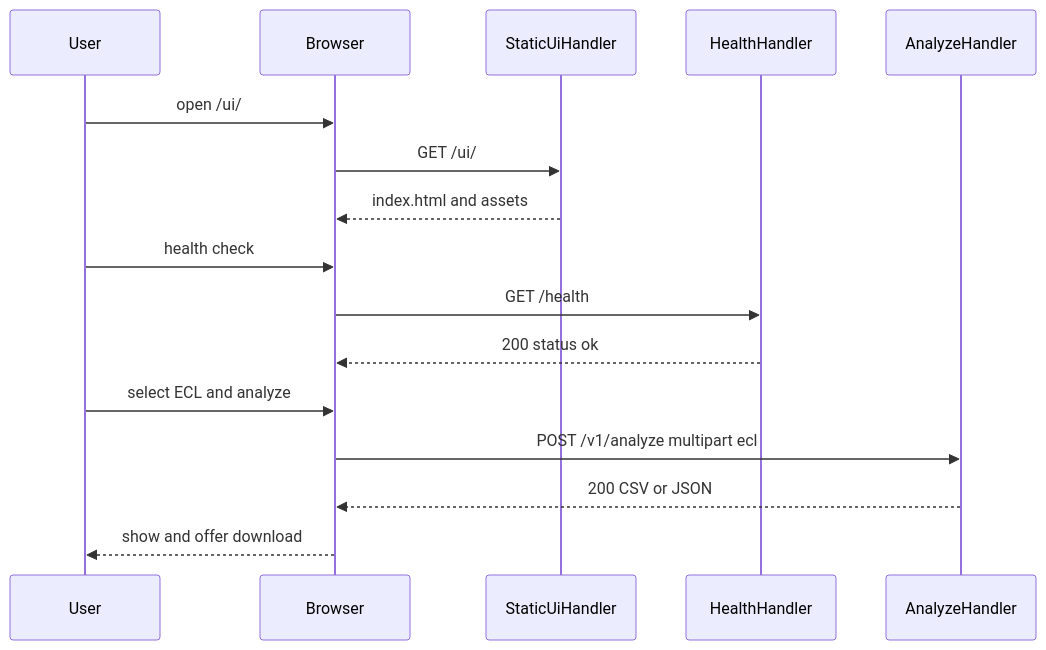
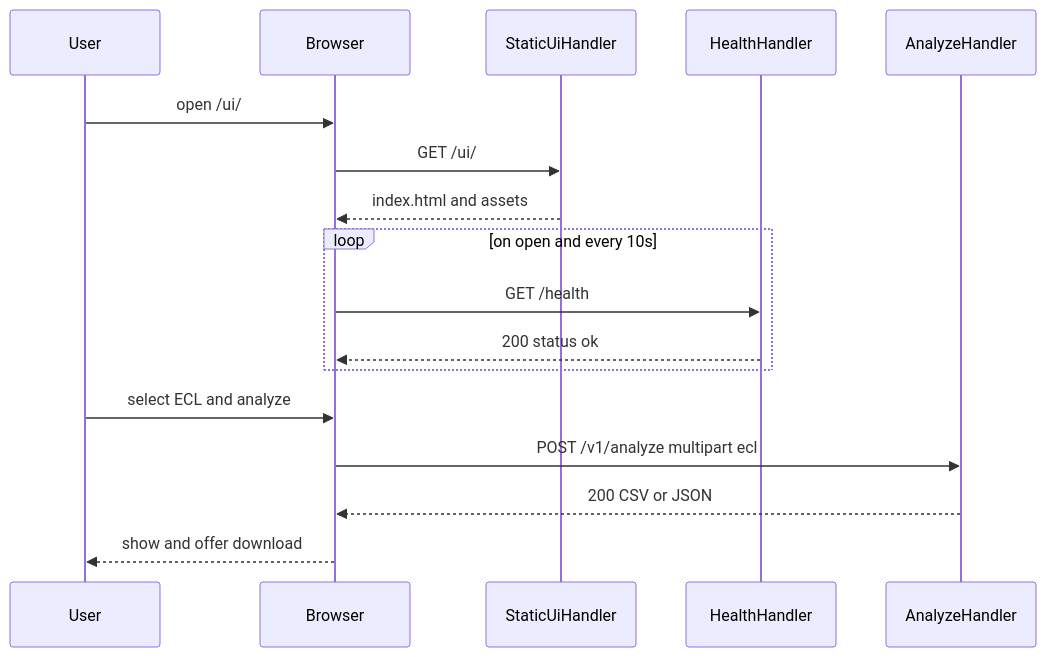
One commit to Universal-Micro-Networks/holter-analysis-assist changed the second of 2 diagrams in .kiro/specs/api-console-ui/design.md. Above: the diagram before and after it, drawn with Mermaid. The commit also changed other lines of this file and 21 other files, not shown here.

````diff
--- a/.kiro/specs/api-console-ui/design.md
+++ b/.kiro/specs/api-console-ui/design.md
@@ -131,19 +136,20 @@
 ```mermaid
 sequenceDiagram
   participant U as User
   participant B as Browser
   participant S as StaticUiHandler
   participant H as HealthHandler
   participant A as AnalyzeHandler
 
   U->>B: open /ui/
   B->>S: GET /ui/
   S-->>B: index.html and assets
-  U->>B: health check
-  B->>H: GET /health
-  H-->>B: 200 status ok
+  loop on open and every 10s
+    B->>H: GET /health
+    H-->>B: 200 status ok
+  end
   U->>B: select ECL and analyze
   B->>A: POST /v1/analyze multipart ecl
   A-->>B: 200 CSV or JSON
   B-->>U: show and offer download
 ```
````
